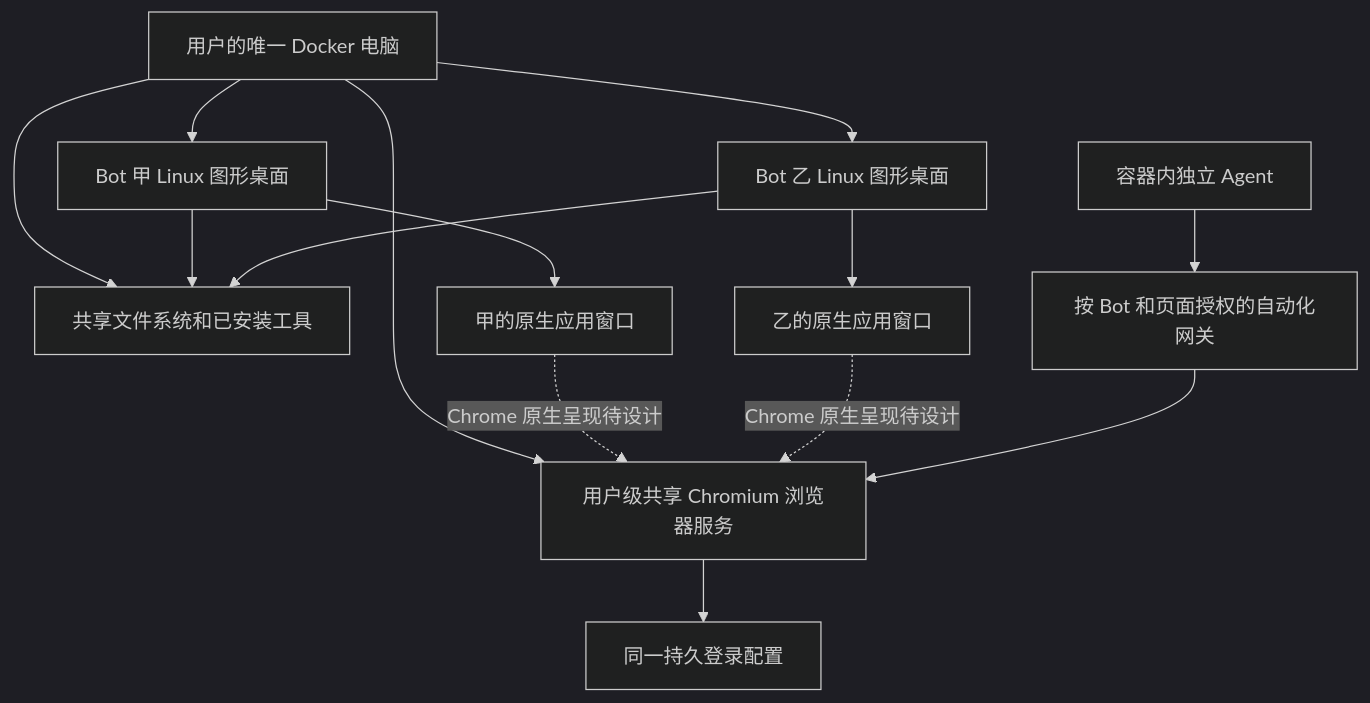
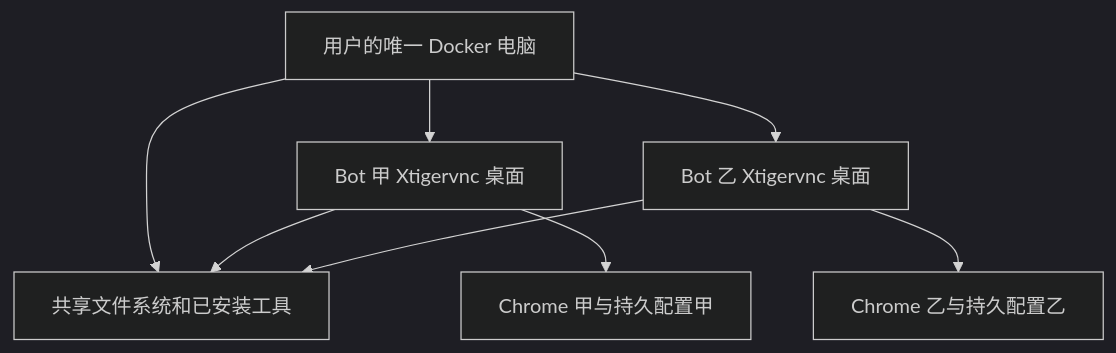
Before and after one commit to yueeeeeeyang/tombot: the third of 4 diagrams in server/docs/multi-user-refactor.md, drawn with Mermaid (dark theme). The commit also changed other lines of this file and 196 other files, not shown here.

````diff
--- a/server/docs/multi-user-refactor.md
+++ b/server/docs/multi-user-refactor.md
@@ -356,16 +356,10 @@
 ```mermaid
 flowchart TB
     C[用户的唯一 Docker 电脑] --> F[共享文件系统和已安装工具]
-    C --> B[用户级共享 Chromium 浏览器服务]
-    C --> D1[Bot 甲 Linux 图形桌面]
-    C --> D2[Bot 乙 Linux 图形桌面]
-    D1 --> W1[甲的原生应用窗口]
-    D2 --> W2[乙的原生应用窗口]
-    W1 -. Chrome 原生呈现待设计 .-> B
-    W2 -. Chrome 原生呈现待设计 .-> B
-    A[容器内独立 Agent] --> G[按 Bot 和页面授权的自动化网关]
-    G --> B
-    B --> P[同一持久登录配置]
+    C --> D1[Bot 甲 Xtigervnc 桌面]
+    C --> D2[Bot 乙 Xtigervnc 桌面]
+    D1 --> W1[Chrome 甲与持久配置甲]
+    D2 --> W2[Chrome 乙与持久配置乙]
     D1 --> F
     D2 --> F
 ```
````
